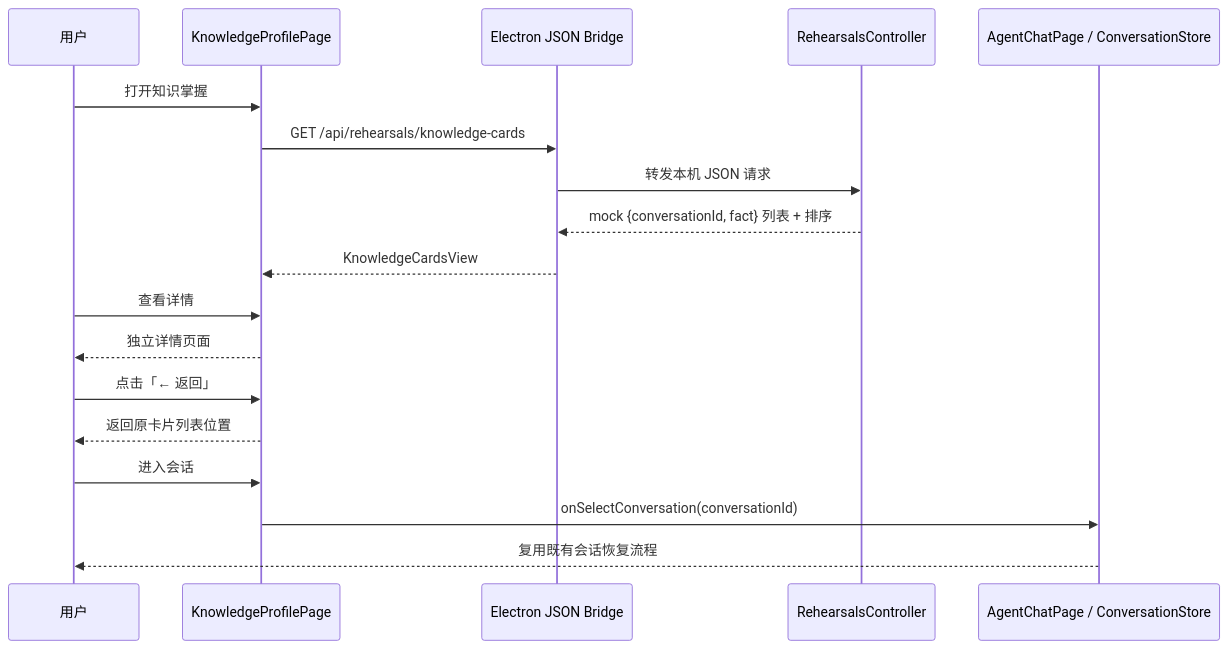
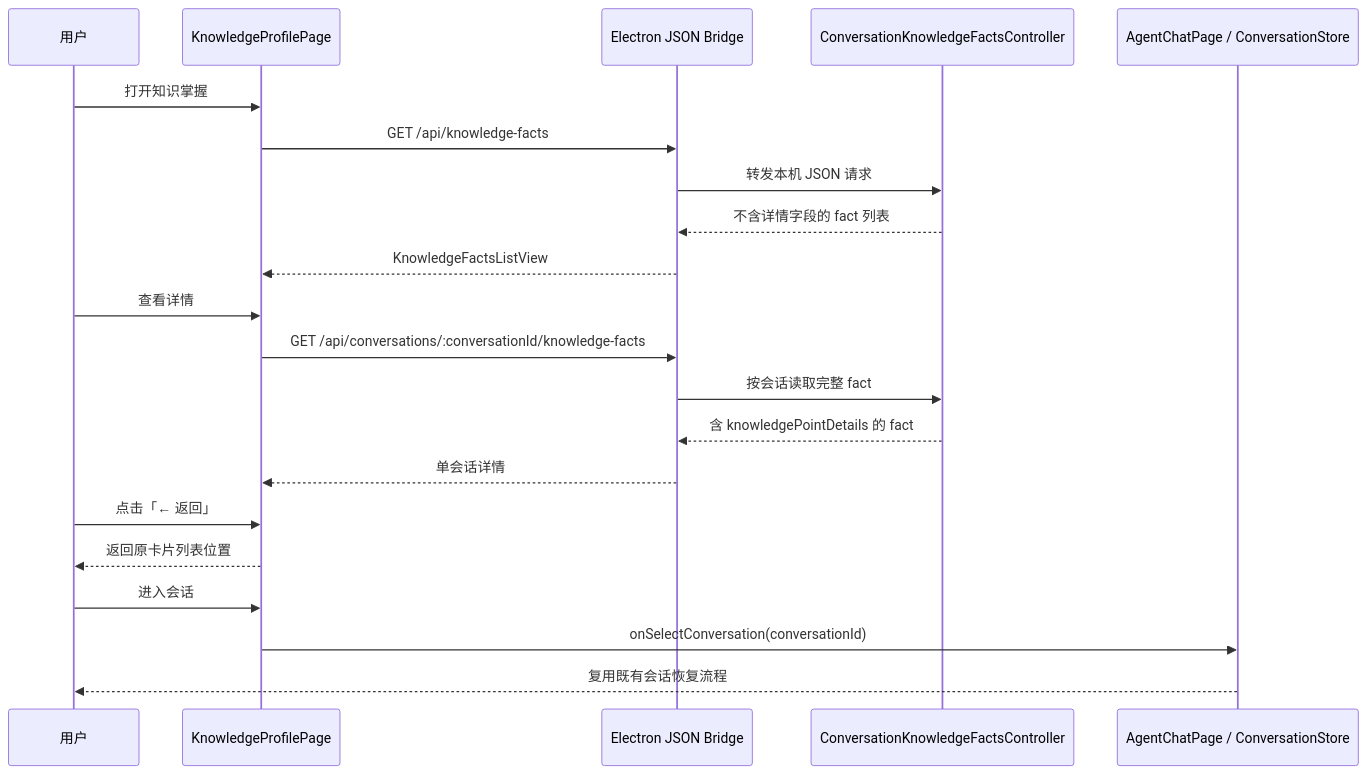
Before and after one commit to yuchentime/tech-forge: the diagram in docs/changes/2026-11-10-knowledge-session-cards/design.md, drawn with Mermaid. The commit also changed other lines of this file and 71 other files, not shown here.

First line of the commit message:
feat(rehearsal): add conversation knowledge facts and knowledge profile

````diff
--- a/docs/changes/2026-11-10-knowledge-session-cards/design.md
+++ b/docs/changes/2026-11-10-knowledge-session-cards/design.md
@@ -89,21 +87,24 @@
 ```mermaid
 sequenceDiagram
     participant User as 用户
     participant UI as KnowledgeProfilePage
     participant Bridge as Electron JSON Bridge
-    participant API as RehearsalsController
+    participant API as ConversationKnowledgeFactsController
     participant Chat as AgentChatPage / ConversationStore
 
     User->>UI: 打开知识掌握
-    UI->>Bridge: GET /api/rehearsals/knowledge-cards
+    UI->>Bridge: GET /api/knowledge-facts
     Bridge->>API: 转发本机 JSON 请求
-    API-->>Bridge: mock {conversationId, fact} 列表 + 排序
-    Bridge-->>UI: KnowledgeCardsView
+    API-->>Bridge: 不含详情字段的 fact 列表
+    Bridge-->>UI: KnowledgeFactsListView
     User->>UI: 查看详情
-    UI-->>User: 独立详情页面
+    UI->>Bridge: GET /api/conversations/:conversationId/knowledge-facts
+    Bridge->>API: 按会话读取完整 fact
+    API-->>Bridge: 含 knowledgePointDetails 的 fact
+    Bridge-->>UI: 单会话详情
     User->>UI: 点击「← 返回」
     UI-->>User: 返回原卡片列表位置
     User->>UI: 进入会话
     UI->>Chat: onSelectConversation(conversationId)
     Chat-->>User: 复用既有会话恢复流程
 ```
````
